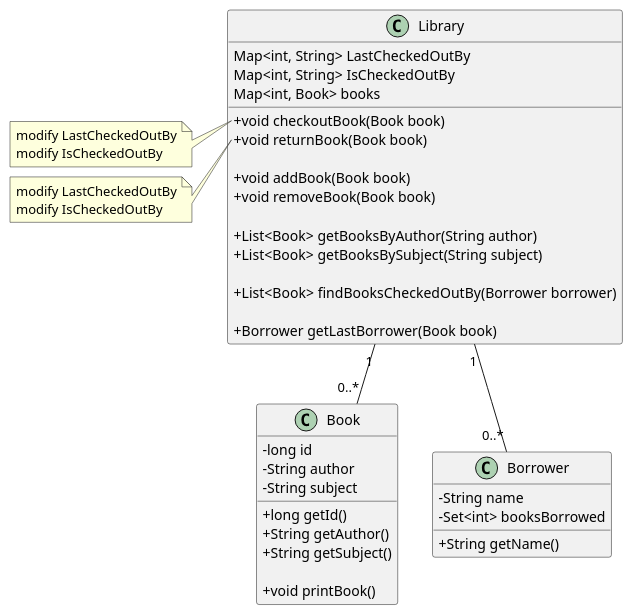
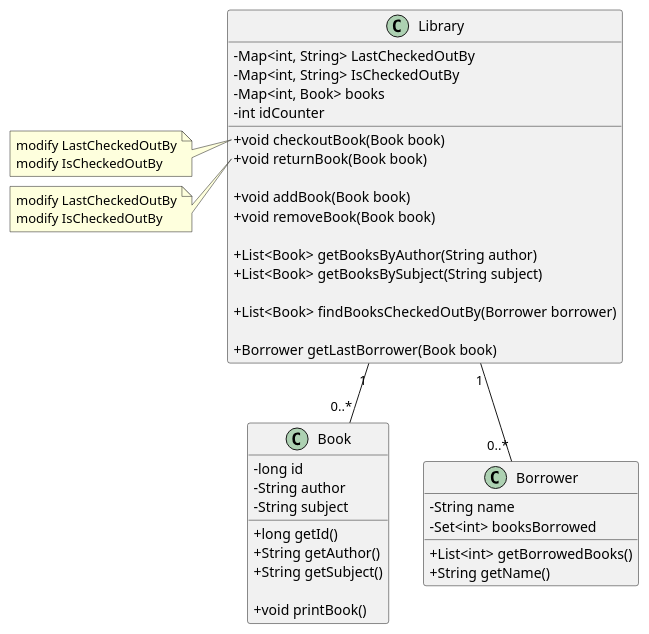
One commit to MarkLai0317/Software-Engineering-Midterm changed the diagram in uml/uml-1.puml. Above: the diagram before and after it, drawn with PlantUML.

Commit message:
uml-1 add idCounter in Library

```diff
--- a/uml/uml-1.puml
+++ b/uml/uml-1.puml
@@ -1,58 +1,60 @@
 @startuml
 skinparam classAttributeIconSize 0
 
 class Book{
     -long id
     -String author
     -String subject
 
     +long getId()
     +String getAuthor()
     +String getSubject()
 
     +void printBook()
 }
 
 class Borrower{
     -String name
     -Set<int> booksBorrowed
+    +List<int> getBorrowedBooks()
     +String getName()
 
 }
 
 class Library{
 
     'store last borrower of a book'
-    Map<int, String> LastCheckedOutBy 
-    Map<int, String> IsCheckedOutBy
-    Map<int, Book> books
+    -Map<int, String> LastCheckedOutBy 
+    -Map<int, String> IsCheckedOutBy
+    -Map<int, Book> books
+    -int idCounter
 
 
     +void checkoutBook(Book book)
     +void returnBook(Book book)
 
     +void addBook(Book book)
     +void removeBook(Book book)
 
     +List<Book> getBooksByAuthor(String author)
     +List<Book> getBooksBySubject(String subject)
 
     +List<Book> findBooksCheckedOutBy(Borrower borrower)
 
     +Borrower getLastBorrower(Book book)
 
 }
 
 Library "1" -- "0..*" Book
 Library "1" -- "0..*" Borrower
 
 note left of  Library::checkoutBook
     modify LastCheckedOutBy
     modify IsCheckedOutBy
 end note
 
 note left of  Library::returnBook
     modify LastCheckedOutBy
     modify IsCheckedOutBy
 end note
 @enduml
```
